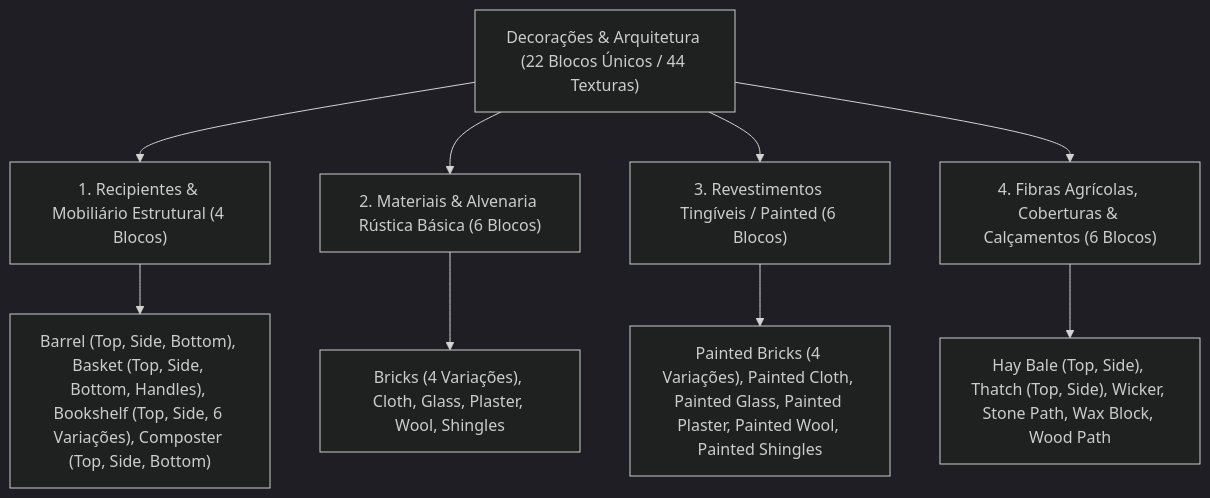
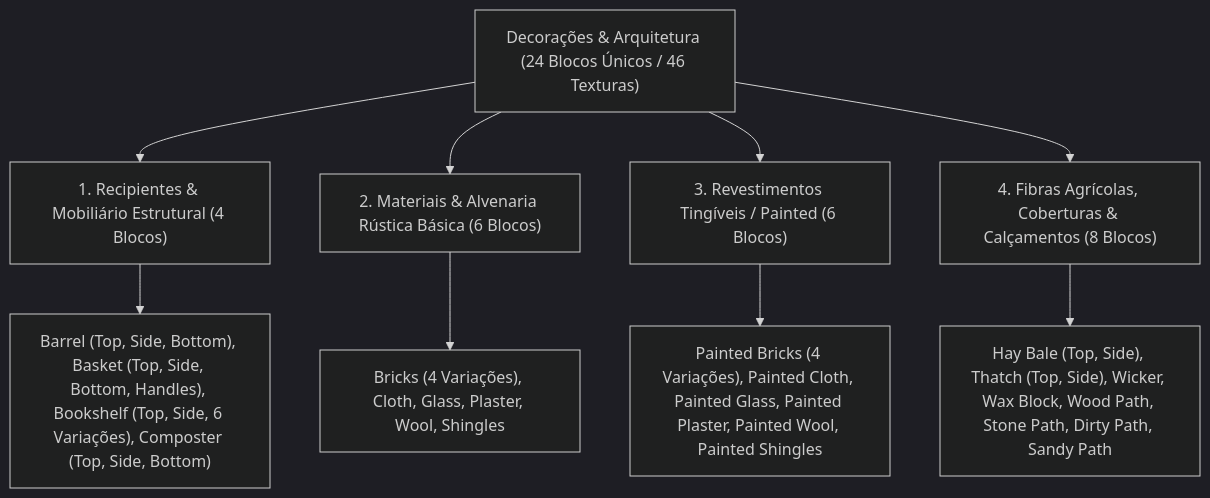
One commit to gabrtzweb/VoxelGameEngine changed the diagram in docs/worldbuilding/decorations_design.md. Above: the diagram before and after it, drawn with Mermaid (dark theme). The commit also changed other lines of this file and 62 other files, not shown here.

````diff
--- a/docs/worldbuilding/decorations_design.md
+++ b/docs/worldbuilding/decorations_design.md
@@ -12,12 +11,12 @@
 ```mermaid
 graph TD
-    D["Decorações & Arquitetura (22 Blocos Únicos / 44 Texturas)"] --> C1["1. Recipientes & Mobiliário Estrutural (4 Blocos)"]
+    D["Decorações & Arquitetura (24 Blocos Únicos / 46 Texturas)"] --> C1["1. Recipientes & Mobiliário Estrutural (4 Blocos)"]
     D --> C2["2. Materiais & Alvenaria Rústica Básica (6 Blocos)"]
     D --> C3["3. Revestimentos Tingíveis / Painted (6 Blocos)"]
-    D --> C4["4. Fibras Agrícolas, Coberturas & Calçamentos (6 Blocos)"]
+    D --> C4["4. Fibras Agrícolas, Coberturas & Calçamentos (8 Blocos)"]
 
     C1 --> C1a["Barrel (Top, Side, Bottom), Basket (Top, Side, Bottom, Handles), Bookshelf (Top, Side, 6 Variações), Composter (Top, Side, Bottom)"]
     C2 --> C2a["Bricks (4 Variações), Cloth, Glass, Plaster, Wool, Shingles"]
     C3 --> C3a["Painted Bricks (4 Variações), Painted Cloth, Painted Glass, Painted Plaster, Painted Wool, Painted Shingles"]
-    C4 --> C4a["Hay Bale (Top, Side), Thatch (Top, Side), Wicker, Stone Path, Wax Block, Wood Path"]
+    C4 --> C4a["Hay Bale (Top, Side), Thatch (Top, Side), Wicker, Wax Block, Wood Path, Stone Path, Dirty Path, Sandy Path"]
 ```
````
